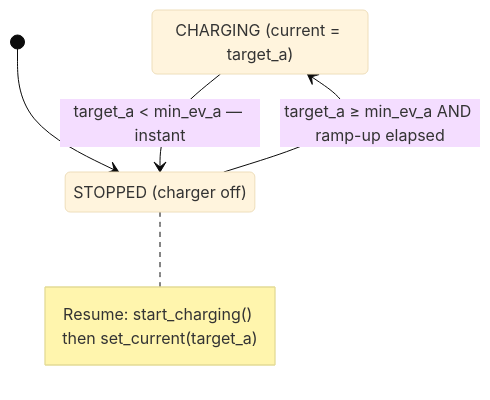
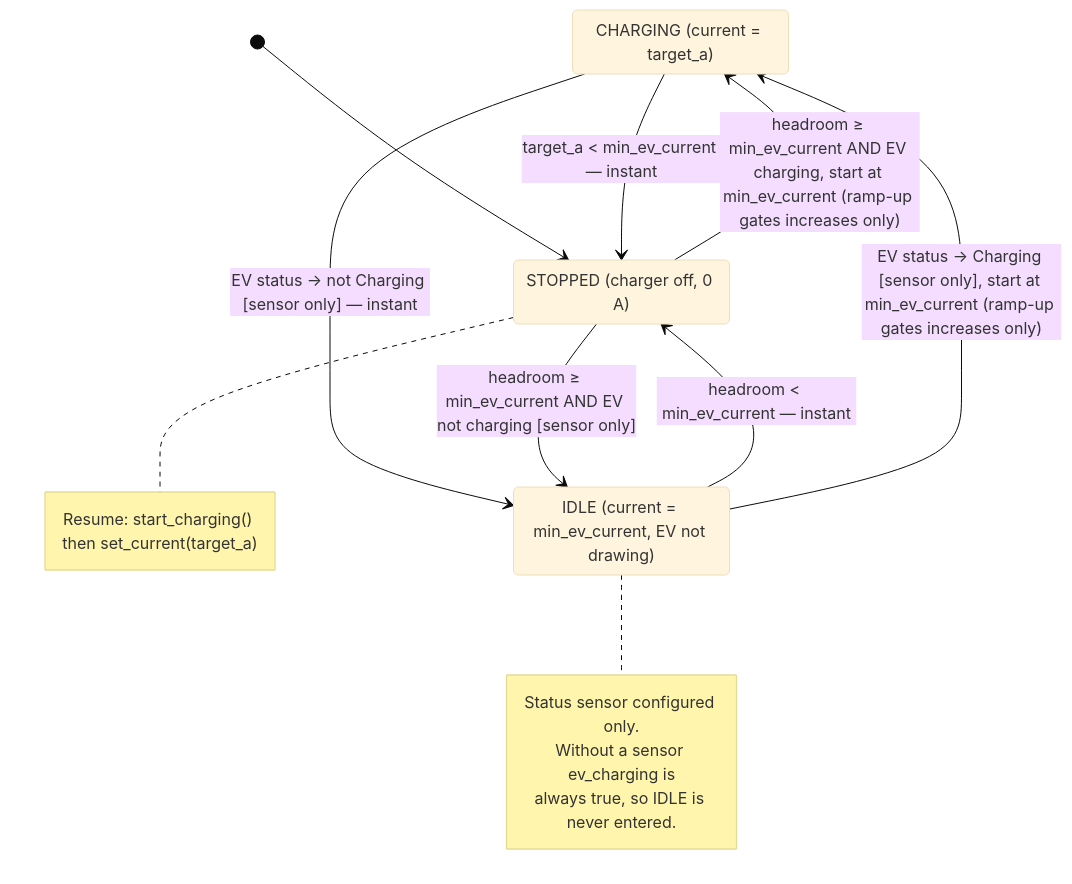
One commit to alexisml/ha-ev-charger-balancer changed the fourth of 7 diagrams in docs/documentation/how-it-works.md. Above: the diagram before and after it, drawn with Mermaid (base theme). The commit also changed other lines of this file and 5 other files, not shown here.

Commit message:
feat: clamp charger at min_ev_current when not charging, ramp up on start (#114)

````diff
--- a/docs/documentation/how-it-works.md
+++ b/docs/documentation/how-it-works.md
@@ -411,13 +449,24 @@
 ```mermaid
 stateDiagram-v2
     state "CHARGING (current = target_a)" as CHARGING
-    state "STOPPED (charger off)" as STOPPED
+    state "IDLE (current = min_ev_current, EV not drawing)" as IDLE
+    state "STOPPED (charger off, 0 A)" as STOPPED
 
     [*] --> STOPPED
-    CHARGING --> STOPPED: target_a < min_ev_a — instant
-    STOPPED --> CHARGING: target_a ≥ min_ev_a AND ramp-up elapsed
+    CHARGING --> STOPPED: target_a < min_ev_current — instant
+    CHARGING --> IDLE: EV status → not Charging [sensor only] — instant
+    IDLE --> STOPPED: headroom < min_ev_current — instant
+    IDLE --> CHARGING: EV status → Charging [sensor only], start at min_ev_current (ramp-up gates increases only)
+    STOPPED --> CHARGING: headroom ≥ min_ev_current AND EV charging, start at min_ev_current (ramp-up gates increases only)
+    STOPPED --> IDLE: headroom ≥ min_ev_current AND EV not charging [sensor only]
+
+    note right of IDLE
+        Status sensor configured only.
+        Without a sensor ev_charging is
+        always true, so IDLE is never entered.
+    end note
 
     note right of STOPPED
         Resume: start_charging() then set_current(target_a)
     end note
 ```
````
